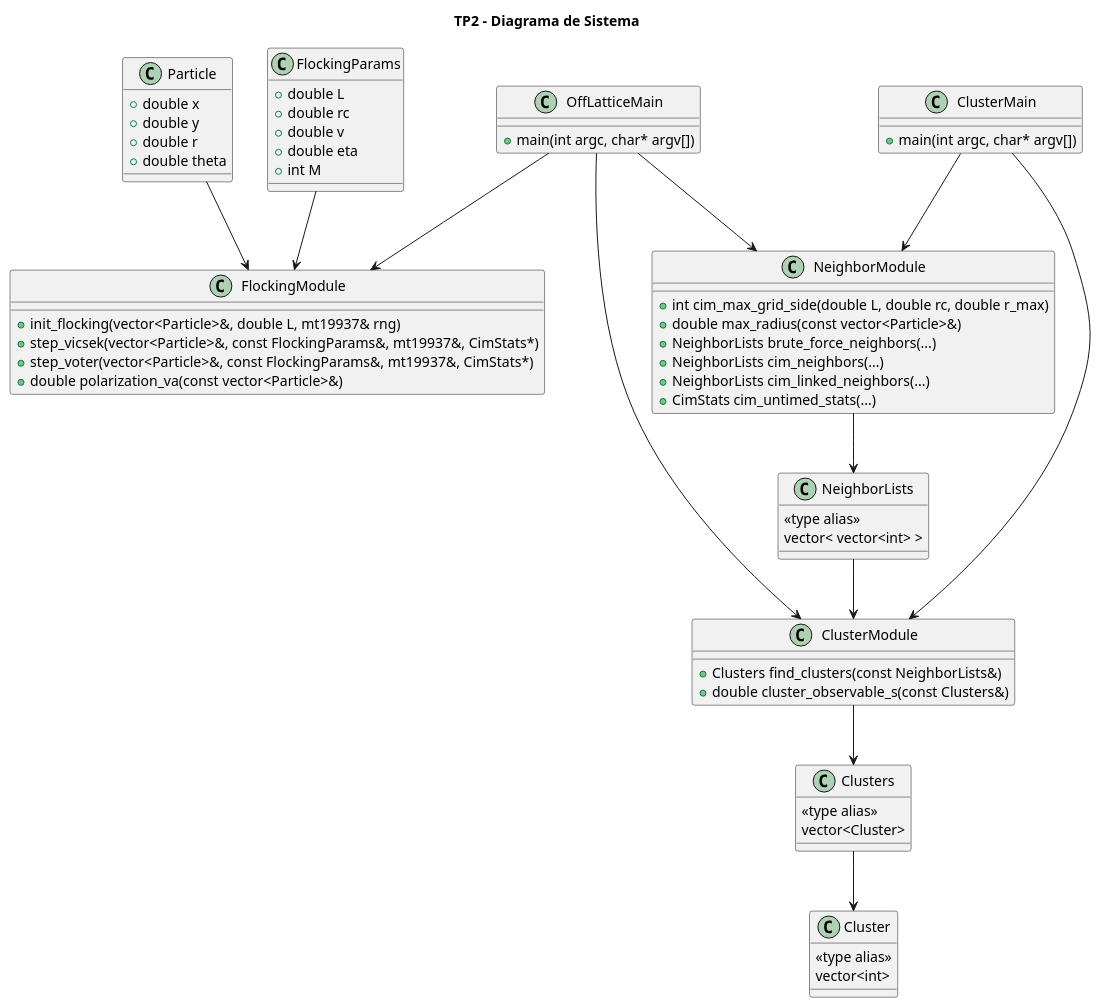
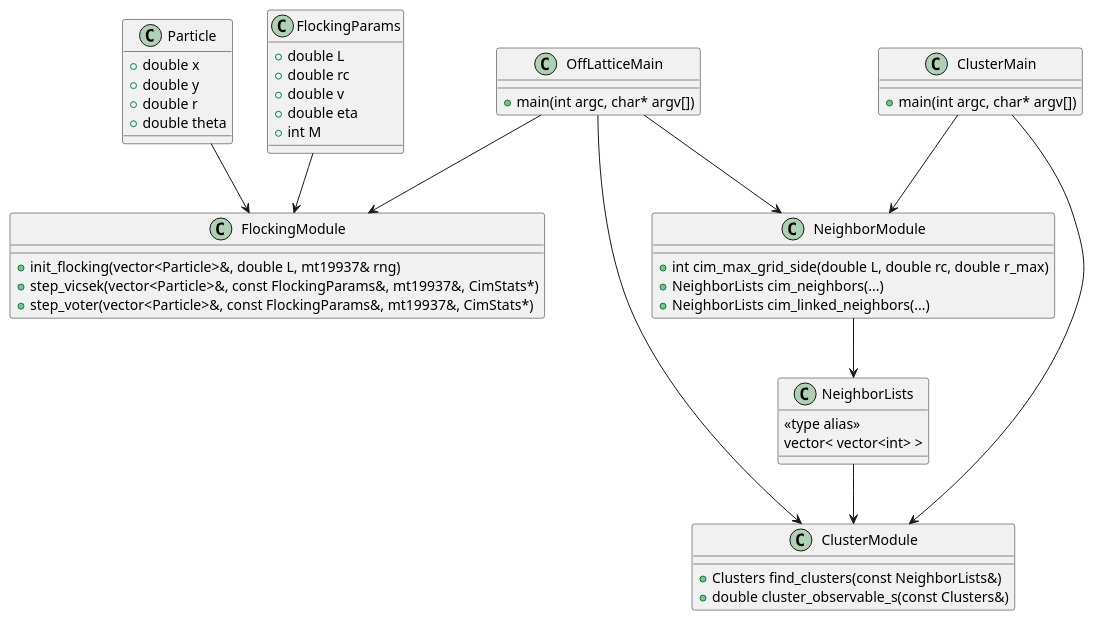
One commit to anita476/TP2-SimulacionDeSistemas-72.25 changed the diagram in docs/uml_system_small.puml. Above: the diagram before and after it, drawn with PlantUML. The commit also changed 1 other file, not shown here.

```diff
--- a/docs/uml_system_small.puml
+++ b/docs/uml_system_small.puml
@@ -1,82 +1,67 @@
 @startuml
-title TP2 - Diagrama de Sistema 
 
 class Particle {
   +double x
   +double y
   +double r
   +double theta
 }
 
 class FlockingParams {
   +double L
   +double rc
   +double v
   +double eta
   +int M
 }
 
 class NeighborLists {
   <<type alias>>
   vector< vector<int> >
 }
 
-class Cluster {
-  <<type alias>>
-  vector<int>
-}
 
-class Clusters {
-  <<type alias>>
-  vector<Cluster>
-}
 
 class FlockingModule {
   +init_flocking(vector<Particle>&, double L, mt19937& rng)
   +step_vicsek(vector<Particle>&, const FlockingParams&, mt19937&, CimStats*)
   +step_voter(vector<Particle>&, const FlockingParams&, mt19937&, CimStats*)
-  +double polarization_va(const vector<Particle>&)
 }
 
 class NeighborModule {
   +int cim_max_grid_side(double L, double rc, double r_max)
-  +double max_radius(const vector<Particle>&)
-  +NeighborLists brute_force_neighbors(...)
   +NeighborLists cim_neighbors(...)
   +NeighborLists cim_linked_neighbors(...)
-  +CimStats cim_untimed_stats(...)
 }
 
 class ClusterModule {
   +Clusters find_clusters(const NeighborLists&)
   +double cluster_observable_s(const Clusters&)
 }
 
 class OffLatticeMain {
   +main(int argc, char* argv[])
 }
 
 class ClusterMain {
   +main(int argc, char* argv[])
 }
 
 OffLatticeMain --> FlockingModule
 OffLatticeMain --> ClusterModule
 
 ClusterMain --> NeighborModule
 ClusterMain --> ClusterModule
 
 Particle --> FlockingModule
 FlockingParams --> FlockingModule
 
 
 NeighborModule --> NeighborLists
 
 NeighborLists --> ClusterModule
-ClusterModule --> Clusters
-Clusters --> Cluster
 
 OffLatticeMain --> NeighborModule
 
 
 @enduml
```
